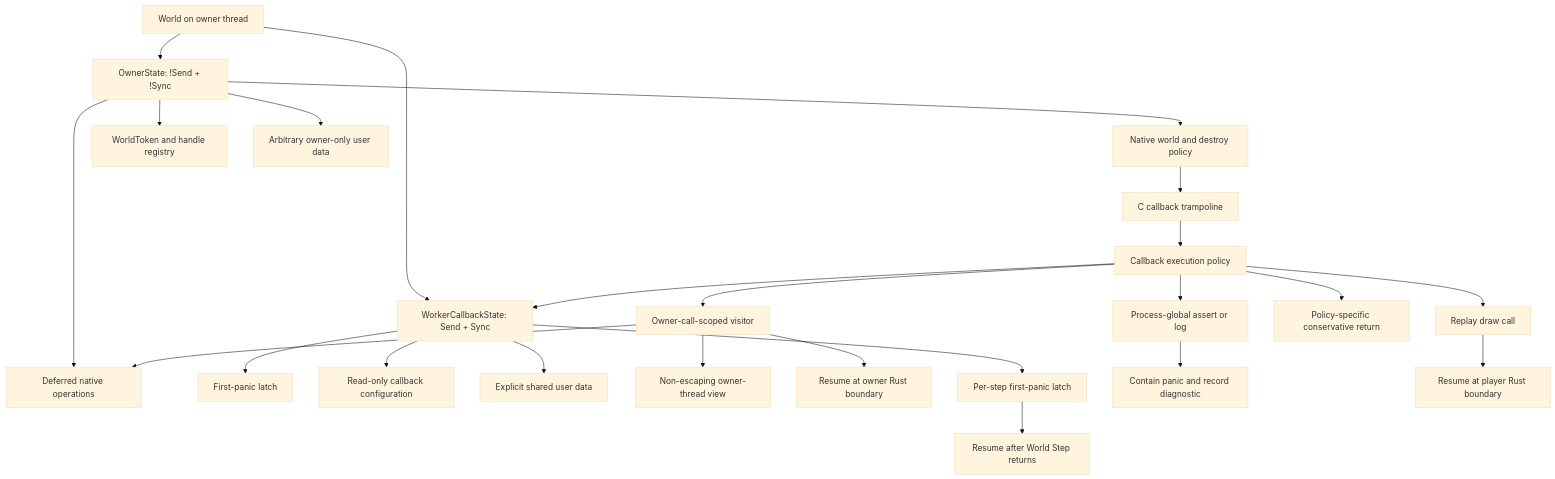
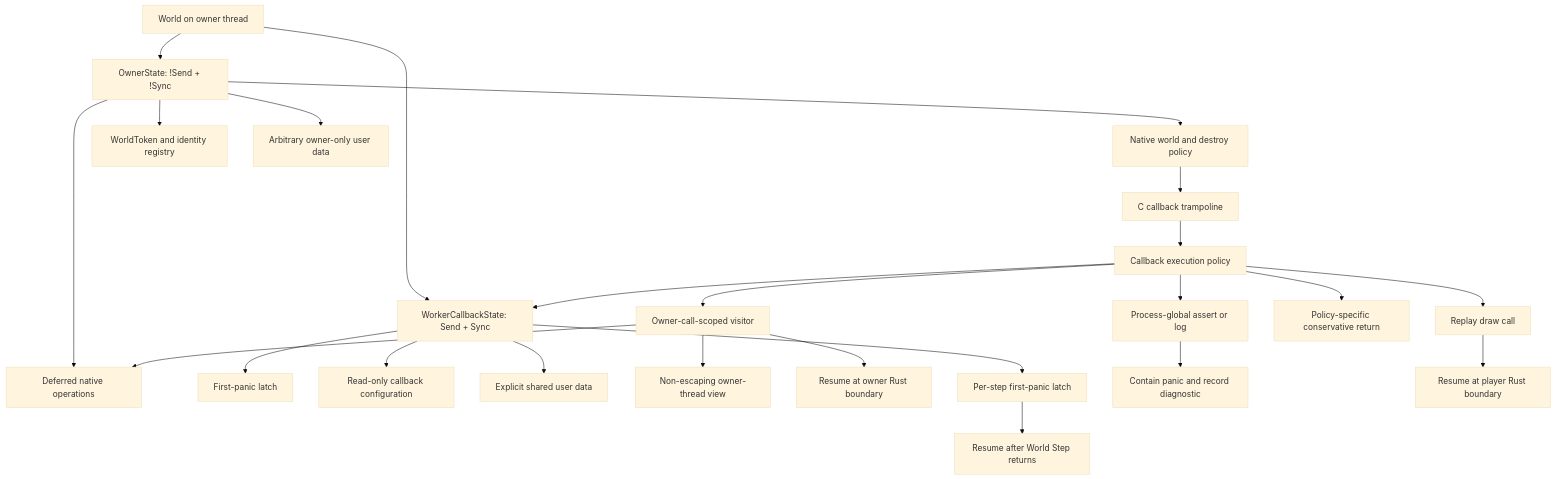
Before and after one commit to Latias94/boxdd: the second of 5 diagrams in docs/plans/2026-07-18-001-refactor-box2d-soundness-upstream-plan.md, drawn with Mermaid (base theme). The commit also changed other lines of this file and 534 other files, not shown here.

First line of the commit message:
refactor!: consolidate Box2D capability and contract architecture

````diff
--- a/docs/plans/2026-07-18-001-refactor-box2d-soundness-upstream-plan.md
+++ b/docs/plans/2026-07-18-001-refactor-box2d-soundness-upstream-plan.md
@@ -360,28 +359,28 @@
 ```mermaid
 flowchart TB
   World[World on owner thread] --> Owner[OwnerState: !Send + !Sync]
   Owner --> Native[Native world and destroy policy]
-  Owner --> IDs[WorldToken and handle registry]
+  Owner --> IDs[WorldToken and identity registry]
   Owner --> UserData[Arbitrary owner-only user data]
   Owner --> Deferred[Deferred native operations]
 
   World --> Worker[WorkerCallbackState: Send + Sync]
   Worker --> Panic[First-panic latch]
   Worker --> Config[Read-only callback configuration]
   Worker --> Shared[Explicit shared user data]
 
   Native --> CCallback[C callback trampoline]
   CCallback --> Runner[Callback execution policy]
   Runner --> OwnerCall[Owner-call-scoped visitor]
   OwnerCall --> Scoped[Non-escaping owner-thread view]
   OwnerCall --> Deferred
   OwnerCall --> OwnerResume[Resume at owner Rust boundary]
   Runner --> Worker
   Worker --> StepLatch[Per-step first-panic latch]
   StepLatch --> StepResume[Resume after World Step returns]
   Runner --> GlobalHook[Process-global assert or log]
   GlobalHook --> Diagnostic[Contain panic and record diagnostic]
   Runner --> ReplayCall[Replay draw call]
   ReplayCall --> ReplayResume[Resume at player Rust boundary]
   Runner --> Sentinel[Policy-specific conservative return]
 ```
````
